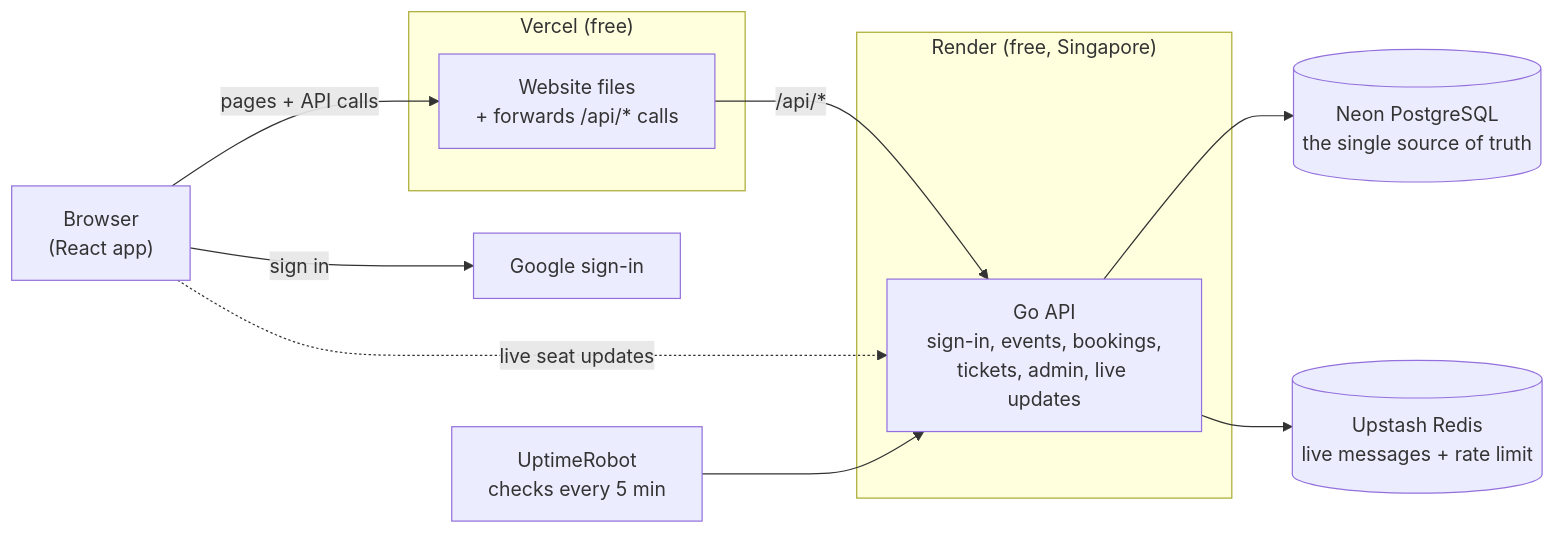
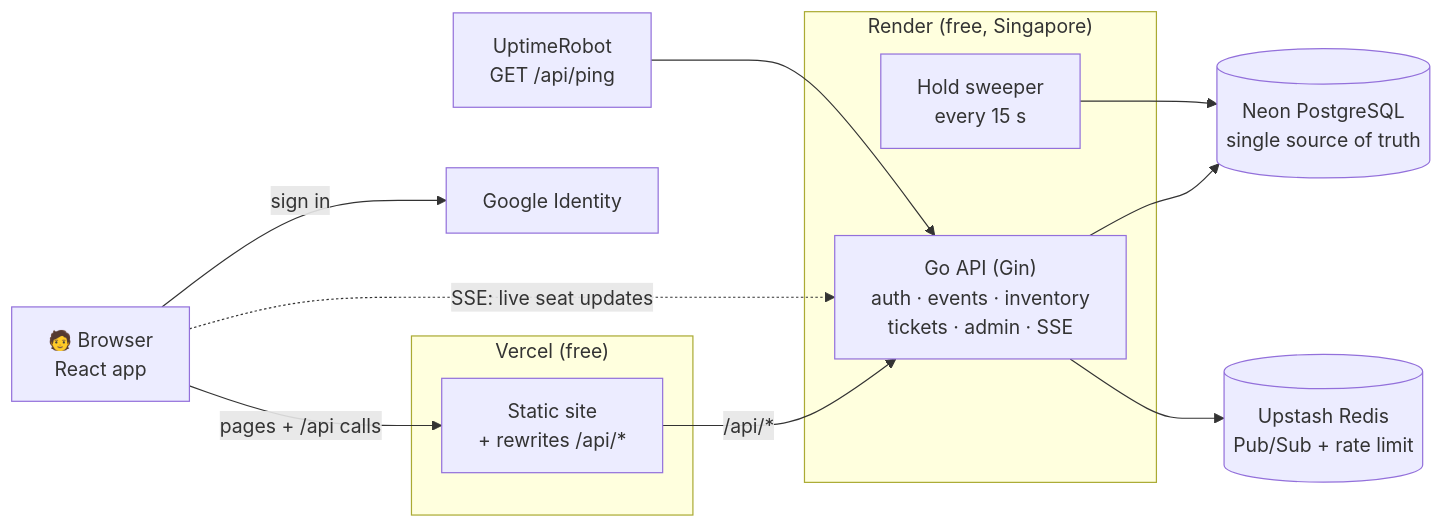
The first of 4 diagrams in README.md (Badri-2915/eventhub), drawn with Mermaid before and after one commit. The commit also changed other lines of this file and 3 other files, not shown here.

````diff
--- a/README.md
+++ b/README.md
@@ -192,22 +146,24 @@
 ```mermaid
 flowchart LR
-    U["Browser<br/>(React app)"]
+    U["🧑 Browser<br/>React app"]
     subgraph Vercel["Vercel (free)"]
-      FE["Website files<br/>+ forwards /api/* calls"]
+      FE["Static site<br/>+ rewrites /api/*"]
     end
     subgraph Render["Render (free, Singapore)"]
-      API["Go API<br/>sign-in, events, bookings,<br/>tickets, admin, live updates"]
+      API["Go API (Gin)<br/>auth · events · inventory<br/>tickets · admin · SSE"]
+      SW["Hold sweeper<br/>every 15 s"]
     end
-    PG[("Neon PostgreSQL<br/>the single source of truth")]
-    RD[("Upstash Redis<br/>live messages + rate limit")]
-    G["Google sign-in"]
-    UR["UptimeRobot<br/>checks every 5 min"]
+    PG[("Neon PostgreSQL<br/>single source of truth")]
+    RD[("Upstash Redis<br/>Pub/Sub + rate limit")]
+    G["Google Identity"]
+    UR["UptimeRobot<br/>GET /api/ping"]
 
-    U -- "pages + API calls" --> FE
+    U -- "pages + /api calls" --> FE
     FE -- "/api/*" --> API
-    U -. "live seat updates" .-> API
+    U -. "SSE: live seat updates" .-> API
     U -- "sign in" --> G
     API --> PG
     API --> RD
+    SW --> PG
     UR --> API
 ```
````
